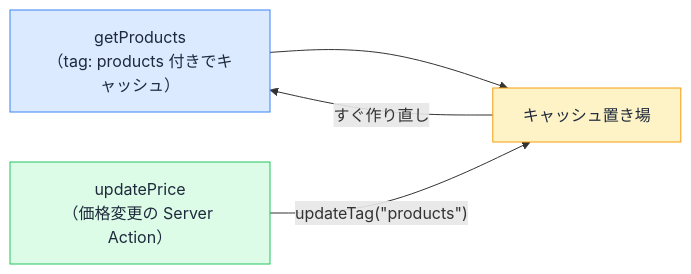
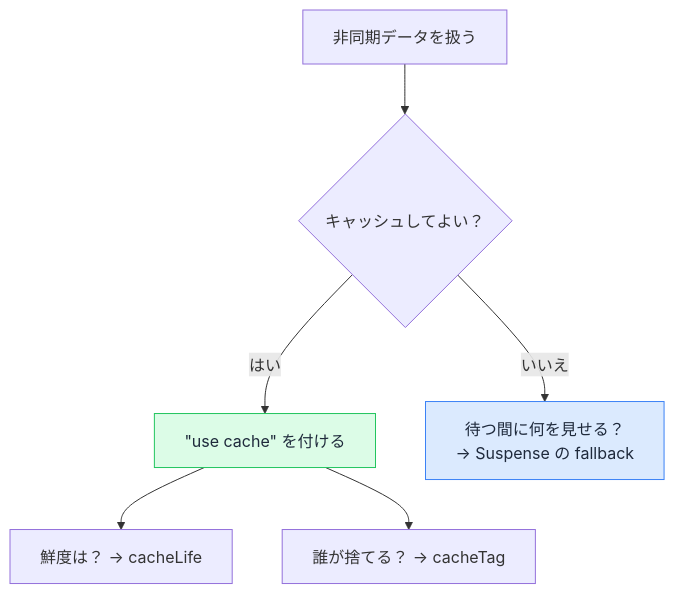
One commit to ozaki25/web-front-training-ozaki25 changed the diagram in docs/drafts/038/index.md. Above: the diagram before and after it, drawn with Mermaid. The commit also changed other lines of this file, not shown here.

````diff
--- a/docs/drafts/038/index.md
+++ b/docs/drafts/038/index.md
@@ -165,9 +133,10 @@
 ```mermaid
-flowchart LR
-  A["getProducts<br>（tag: products 付きでキャッシュ）"] --> B["キャッシュ置き場"]
-  C["updatePrice<br>（価格変更の Server Action）"] -- "updateTag(&quot;products&quot;)" --> B
-  B -- "すぐ作り直し" --> A
-  style A fill:#dbeafe,color:#1e293b,stroke:#3b82f6
-  style B fill:#fef3c7,color:#1e293b,stroke:#f59e0b
-  style C fill:#dcfce7,color:#1e293b,stroke:#22c55e
+flowchart TD
+  D["非同期データを扱う"] --> Q1{"キャッシュしてよい？"}
+  Q1 -->|"はい"| UC["&quot;use cache&quot; を付ける"]
+  UC --> Q2["鮮度は？ → cacheLife"]
+  UC --> Q3["誰が捨てる？ → cacheTag"]
+  Q1 -->|"いいえ"| Q4["待つ間に何を見せる？\n→ Suspense の fallback"]
+  style UC fill:#dcfce7,color:#1e293b,stroke:#22c55e
+  style Q4 fill:#dbeafe,color:#1e293b,stroke:#3b82f6
 ```
````
